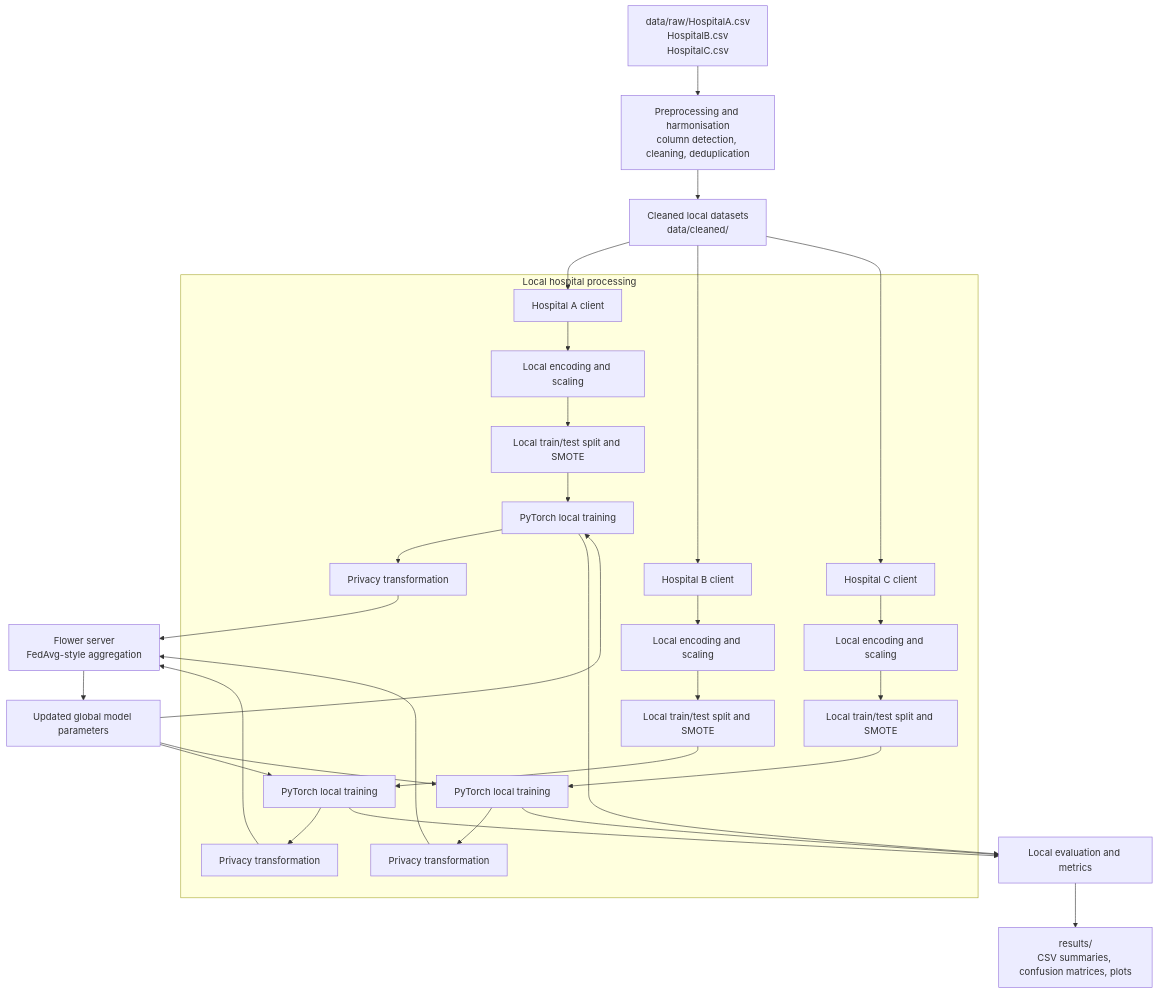
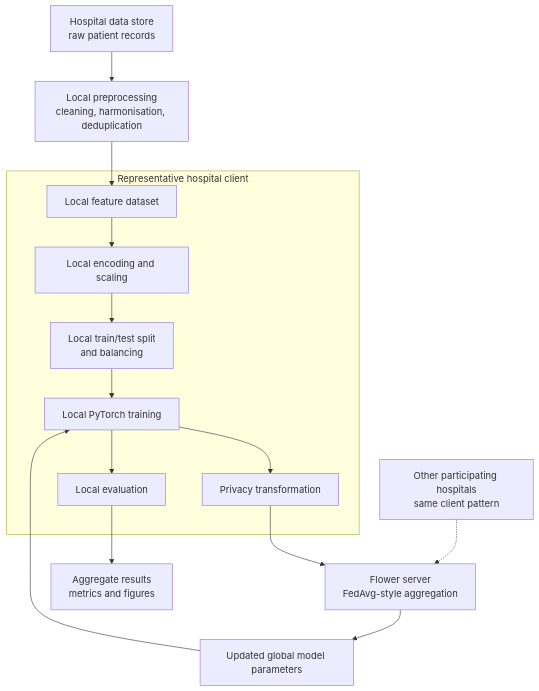
Before and after one commit to FrankSich/FedArg: the first of 3 diagrams in README.md, drawn with Mermaid. The commit also changed other lines of this file and 1 other file, not shown here.

Commit message:
Simplify high-level architecture overview

````diff
--- a/README.md
+++ b/README.md
@@ -35,35 +35,17 @@
 ```mermaid
 flowchart TB
-	R[data/raw/HospitalA.csv<br/>HospitalB.csv<br/>HospitalC.csv]
-	P[Preprocessing and harmonisation<br/>column detection, cleaning, deduplication]
-	C[Cleaned local datasets<br/>data/cleaned/]
-	R --> P --> C
-	C --> HA[Hospital A client]
-	C --> HB[Hospital B client]
-	C --> HC[Hospital C client]
-	subgraph Local hospital processing
-		HA --> HA1[Local encoding and scaling]
-		HA1 --> HA2[Local train/test split and SMOTE]
-		HA2 --> HA3[PyTorch local training]
-		HA3 --> HA4[Privacy transformation]
-		HB --> HB1[Local encoding and scaling]
-		HB1 --> HB2[Local train/test split and SMOTE]
-		HB2 --> HB3[PyTorch local training]
-		HB3 --> HB4[Privacy transformation]
-		HC --> HC1[Local encoding and scaling]
-		HC1 --> HC2[Local train/test split and SMOTE]
-		HC2 --> HC3[PyTorch local training]
-		HC3 --> HC4[Privacy transformation]
+	R[Hospital data store<br/>raw patient records] --> P[Local preprocessing<br/>cleaning, harmonisation, deduplication]
+	P --> C[Local feature dataset]
+	subgraph H[Representative hospital client]
+		C --> E[Local encoding and scaling]
+		E --> T[Local train/test split<br/>and balancing]
+		T --> M[Local PyTorch training]
+		M --> Q[Privacy transformation]
+		M --> V[Local evaluation]
 	end
-	HA4 --> S[Flower server<br/>FedAvg-style aggregation]
-	HB4 --> S
-	HC4 --> S
+	Q --> S[Flower server<br/>FedAvg-style aggregation]
 	S --> G[Updated global model parameters]
-	G --> HA3
-	G --> HB3
-	G --> HC3
-	HA3 --> E[Local evaluation and metrics]
-	HB3 --> E
-	HC3 --> E
-	E --> O[results/<br/>CSV summaries, confusion matrices, plots]
+	G --> M
+	V --> O[Aggregate results<br/>metrics and figures]
+	K[Other participating hospitals<br/>same client pattern] -.-> S
 ```
````
